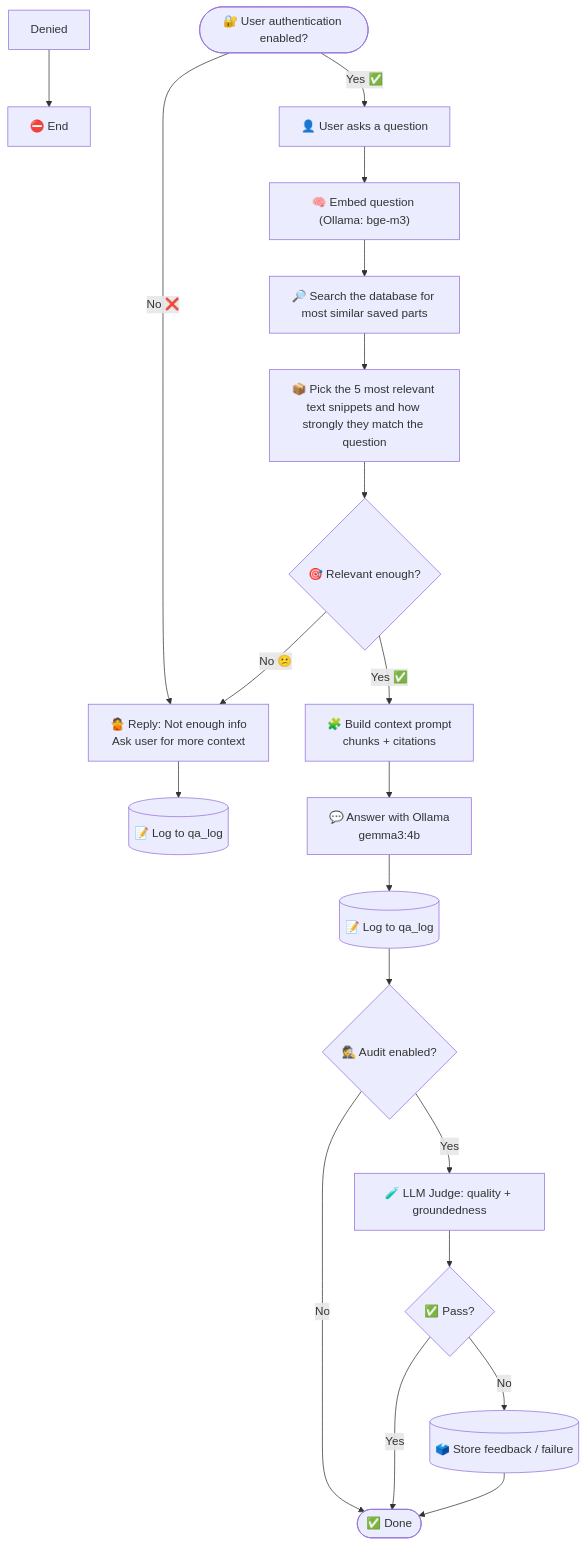
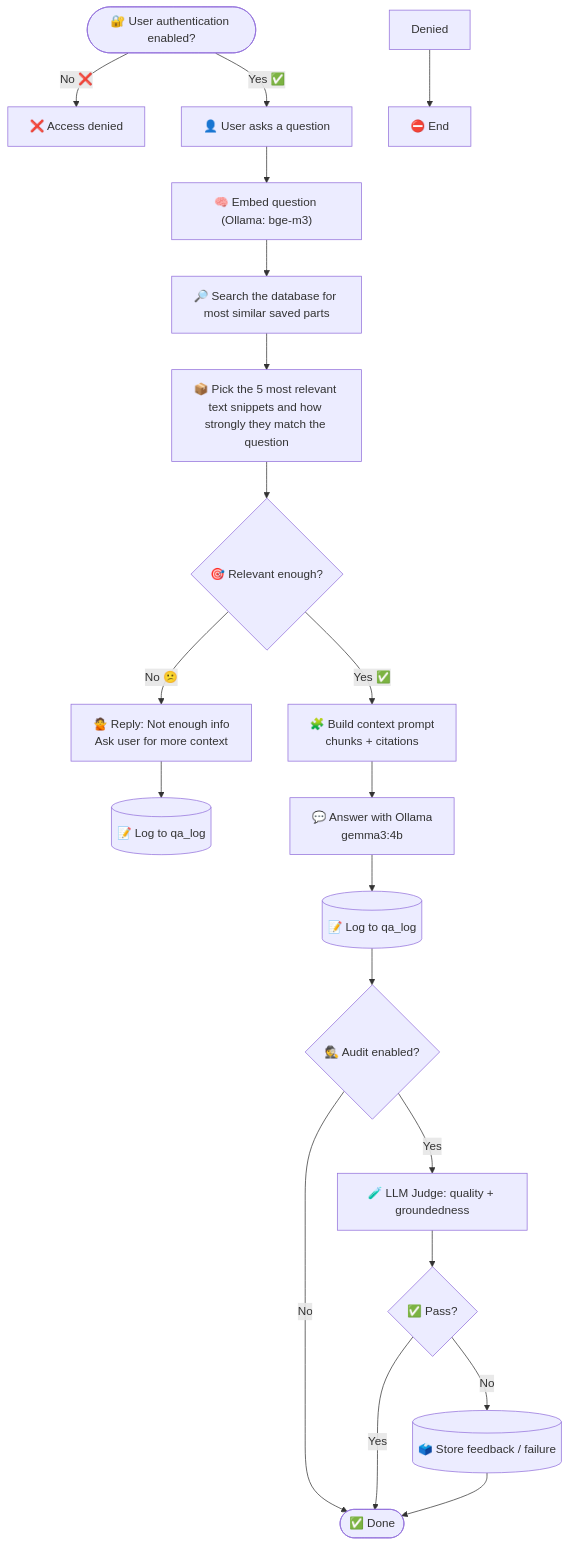
The second of 3 diagrams in docs/PROCESS_VISUALIZATION_TRIAL.md (LauraAva/rag-ollama-set-up), drawn with Mermaid before and after one commit.

````diff
--- a/docs/PROCESS_VISUALIZATION_TRIAL.md
+++ b/docs/PROCESS_VISUALIZATION_TRIAL.md
@@ -28,35 +28,35 @@
 ```mermaid
 flowchart TD
 
   UA(["🔐 User authentication enabled?"])
-  UA -- "No ❌" --> N["❌ Access denied"]
+  UA -- "No ❌" --> X["❌ Access denied"]
   Denied --> END0["⛔ End"]
 
   UA -- "Yes ✅" --> U["👤 User asks a question"]
   U --> Q["🧠 Embed question (Ollama: bge-m3)"]
 
   Q --> S[🔎 Search the database for most similar saved parts]
   S --> R[📦 Pick the 5 most relevant text snippets and how strongly they match the question]
 
   R --> G{🎯 Relevant enough?}
 
   G -- "No 😕" --> N[🙅 Reply: Not enough info<br/>Ask user for more context]
   N --> L1[(📝 Log to qa_log)]
   classDef animate stroke-dasharray: 9,5,stroke-dashoffset: 900,animation: dash 25s linear infinite;
   class e1 animate
 
   G -- "Yes ✅" --> C[🧩 Build context prompt<br/>chunks + citations]
   C --> A[💬 Answer with Ollama<br/>gemma3:4b]
   A --> L2[(📝 Log to qa_log)]
 
   L2 --> AU{🕵️ Audit enabled?}
   AU -- "No" --> DONE([✅ Done])
 
   AU -- "Yes" --> J[🧪 LLM Judge: quality + groundedness]
   J --> V{✅ Pass?}
 
   V -- "Yes" --> DONE
   V -- "No" --> F[(🗳️ Store feedback / failure)]
   F --> DONE
 
 ```
````
